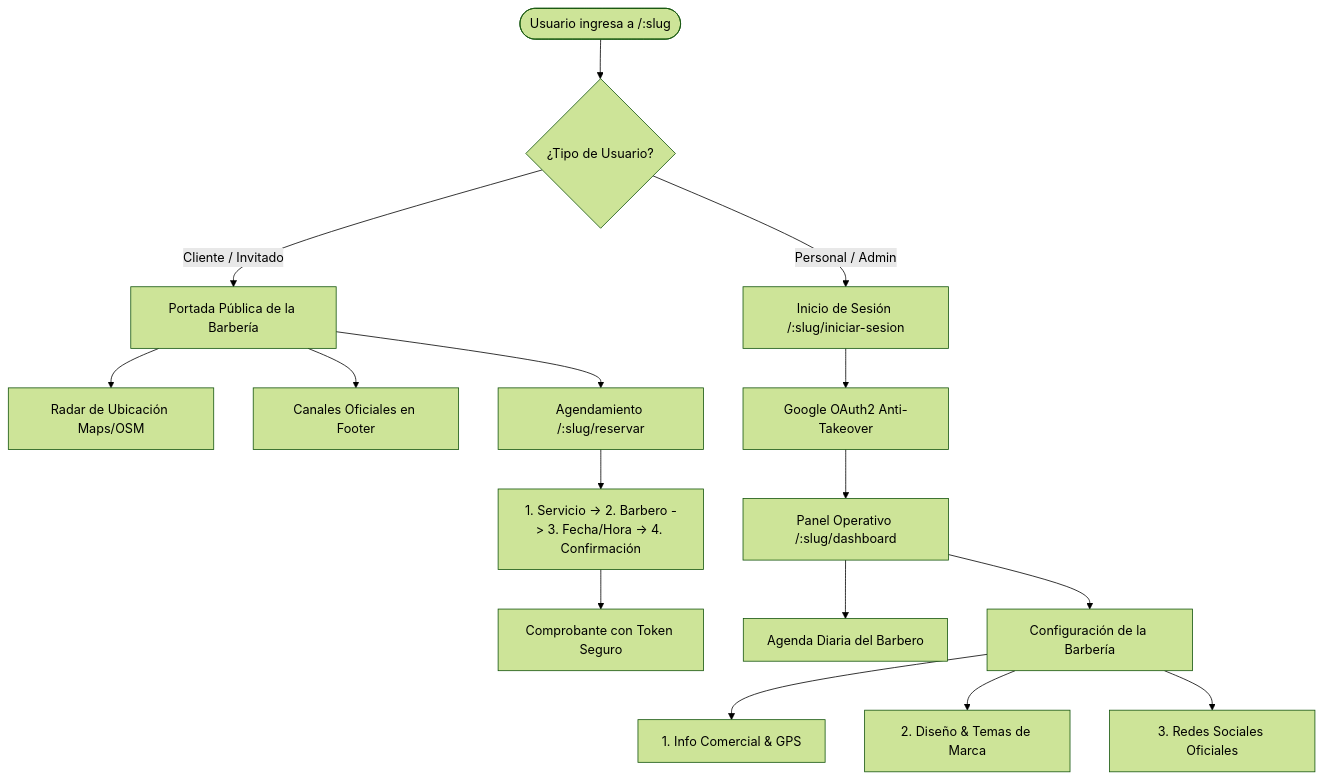
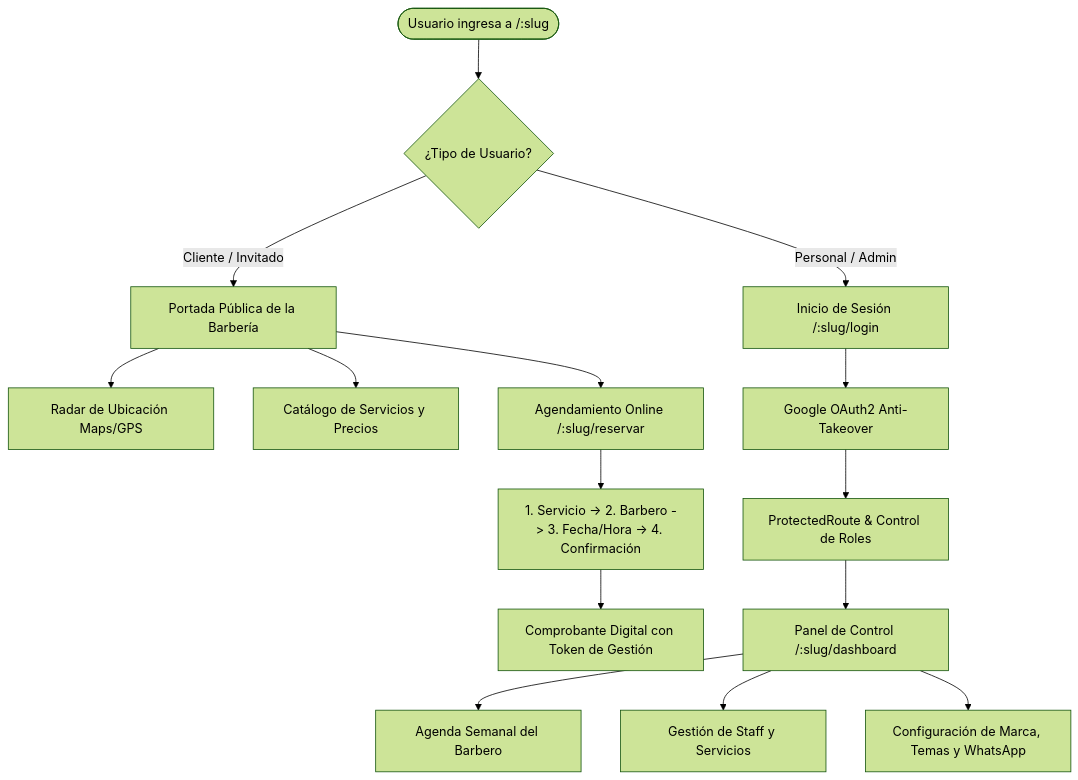
One commit to dfelipe7/Barberia-Frontend changed the diagram in README.md. Above: the diagram before and after it, drawn with Mermaid (forest theme). The commit also changed other lines of this file and 26 other files, not shown here.

````diff
--- a/README.md
+++ b/README.md
@@ -38,24 +27,22 @@
 ```mermaid
 flowchart TD
     Inicio([Usuario ingresa a /:slug]) --> EsCliente{¿Tipo de Usuario?}
     
     %% Flujo Cliente
     EsCliente -->|Cliente / Invitado| PortalPublico[Portada Pública de la Barbería]
-    PortalPublico --> RadarGPS[Radar de Ubicación Maps/OSM]
-    PortalPublico --> RedesFooter[Canales Oficiales en Footer]
-    PortalPublico --> FlujoReserva[Agendamiento /:slug/reservar]
+    PortalPublico --> RadarGPS[Radar de Ubicación Maps/GPS]
+    PortalPublico --> Catalogo[Catálogo de Servicios y Precios]
+    PortalPublico --> FlujoReserva[Agendamiento Online /:slug/reservar]
     FlujoReserva --> Stepper[1. Servicio -> 2. Barbero -> 3. Fecha/Hora -> 4. Confirmación]
-    Stepper --> VoucherDigital[Comprobante con Token Seguro]
+    Stepper --> VoucherDigital[Comprobante Digital con Token de Gestión]
     
     %% Flujo Personal / Admin
-    EsCliente -->|Personal / Admin| Login[Inicio de Sesión /:slug/iniciar-sesion]
+    EsCliente -->|Personal / Admin| Login[Inicio de Sesión /:slug/login]
     Login --> GoogleAuth[Google OAuth2 Anti-Takeover]
-    GoogleAuth --> Dashboard[Panel Operativo /:slug/dashboard]
+    GoogleAuth --> ProtectedGuard[ProtectedRoute & Control de Roles]
+    ProtectedGuard --> Dashboard[Panel de Control /:slug/dashboard]
     
-    Dashboard --> ModuloCitas[Agenda Diaria del Barbero]
-    Dashboard --> ModuloConfig[Configuración de la Barbería]
-    
-    ModuloConfig --> Tab1[1. Info Comercial & GPS]
-    ModuloConfig --> Tab2[2. Diseño & Temas de Marca]
-    ModuloConfig --> Tab3[3. Redes Sociales Oficiales]
+    Dashboard --> ModuloCitas[Agenda Semanal del Barbero]
+    Dashboard --> ModuloGestion[Gestión de Staff y Servicios]
+    Dashboard --> ModuloConfig[Configuración de Marca, Temas y WhatsApp]
 ```
````
